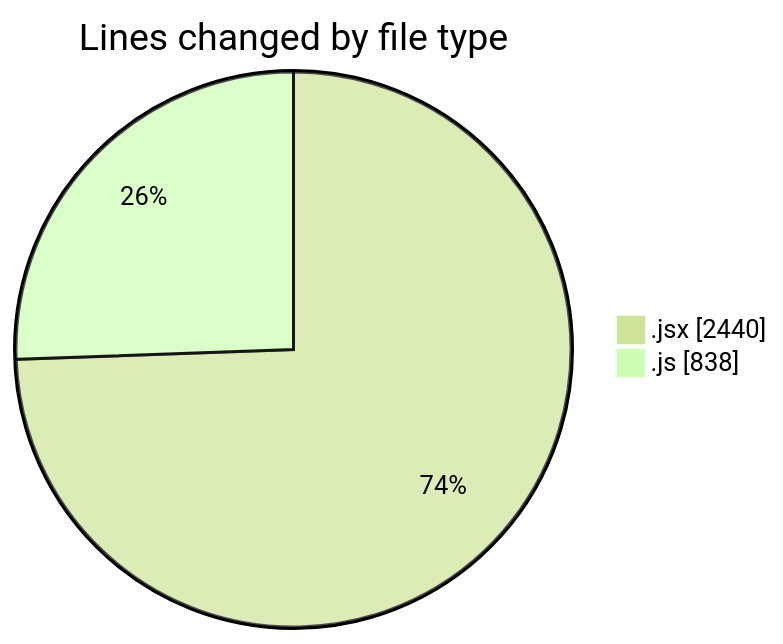
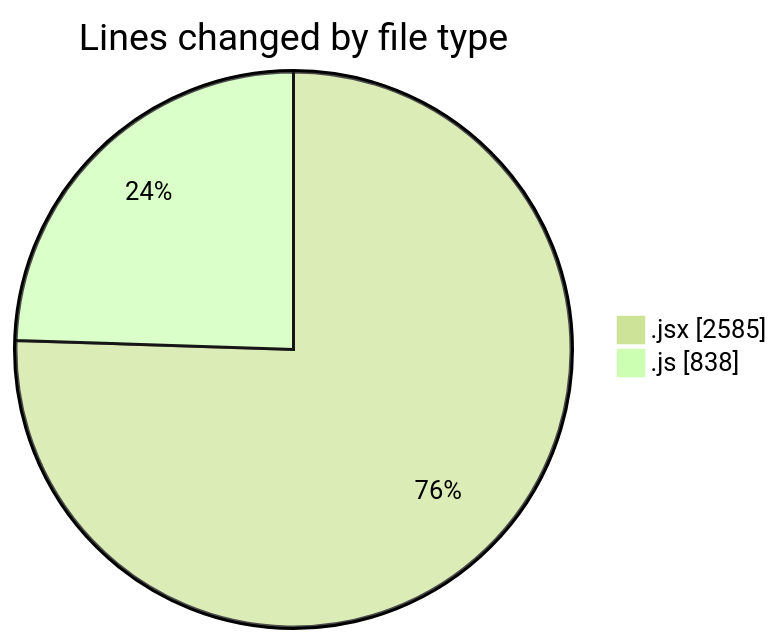
The first of 2 diagrams in 2025-09-22/nxtqube_webapp/README.md (nxtqubesakshisongat/code-tracking), drawn with Mermaid (forest theme) before and after one commit. The commit also changed other lines of this file and 1 other file, not shown here.

````diff
--- a/2025-09-22/nxtqube_webapp/README.md
+++ b/2025-09-22/nxtqube_webapp/README.md
@@ -22,6 +22,6 @@
 ```mermaid
 pie showData
 title Lines changed by file type
-".jsx" : 2440
+".jsx" : 2585
 ".js" : 838
 ```
````
